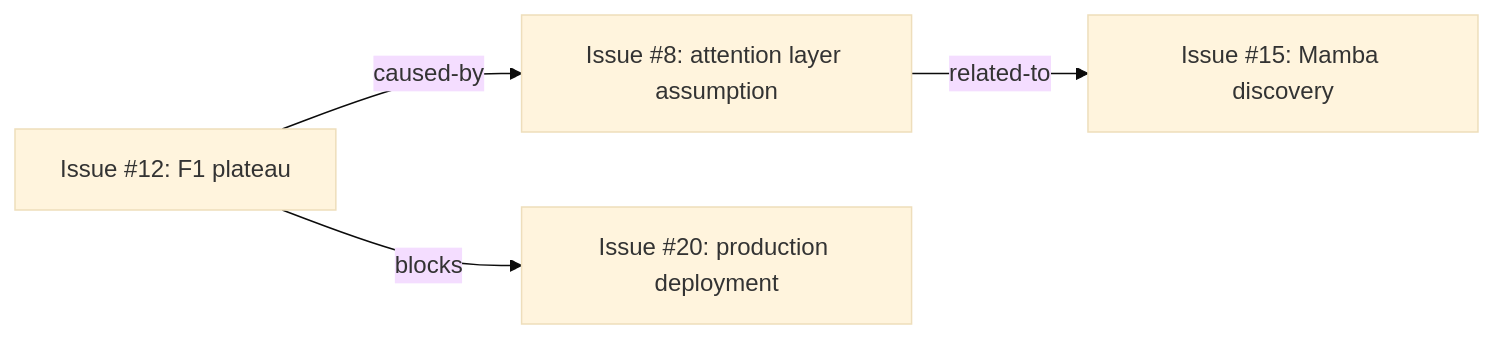
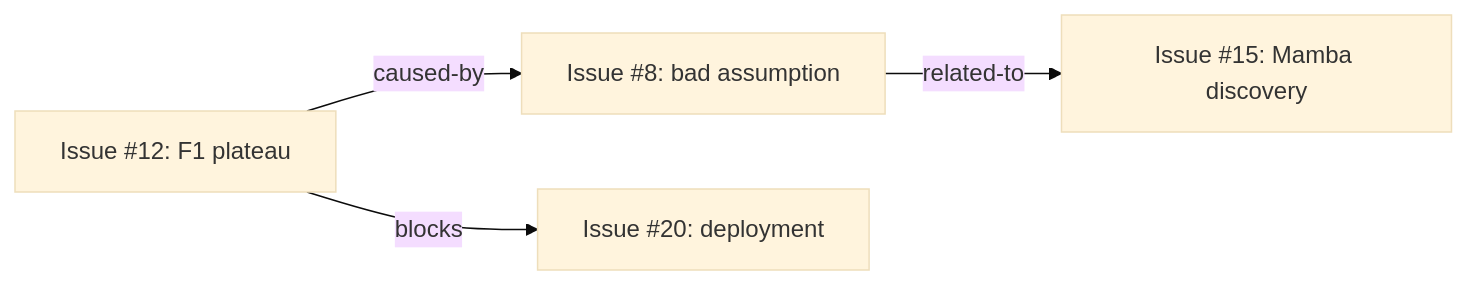
One commit to tkellogg/tkellogg.github.com changed the third of 3 diagrams in _posts/2026-04-12-agents-create-work.md. Above: the diagram before and after it, drawn with Mermaid (base theme). The commit also changed other lines of this file, not shown here.

````diff
--- a/_posts/2026-04-12-agents-create-work.md
+++ b/_posts/2026-04-12-agents-create-work.md
@@ -95,6 +124,6 @@
 ```mermaid
 graph LR
-    I1["Issue #12: F1 plateau"] -->|caused-by| I2["Issue #8: attention layer assumption"]
+    I1["Issue #12: F1 plateau"] -->|caused-by| I2["Issue #8: bad assumption"]
     I2 -->|related-to| I3["Issue #15: Mamba discovery"]
-    I1 -->|blocks| I4["Issue #20: production deployment"]
+    I1 -->|blocks| I4["Issue #20: deployment"]
 ```
````
